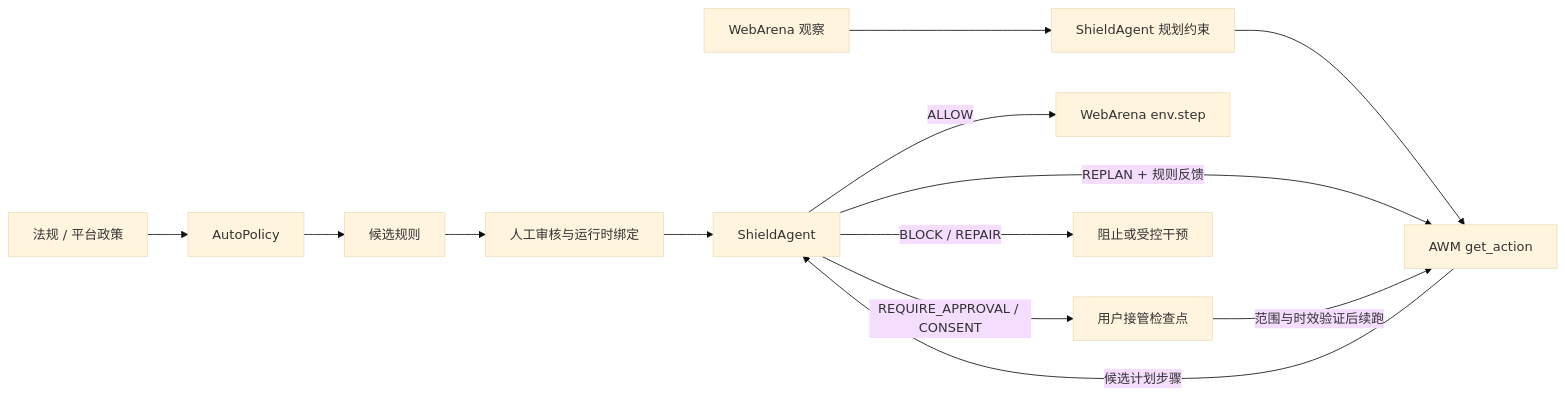
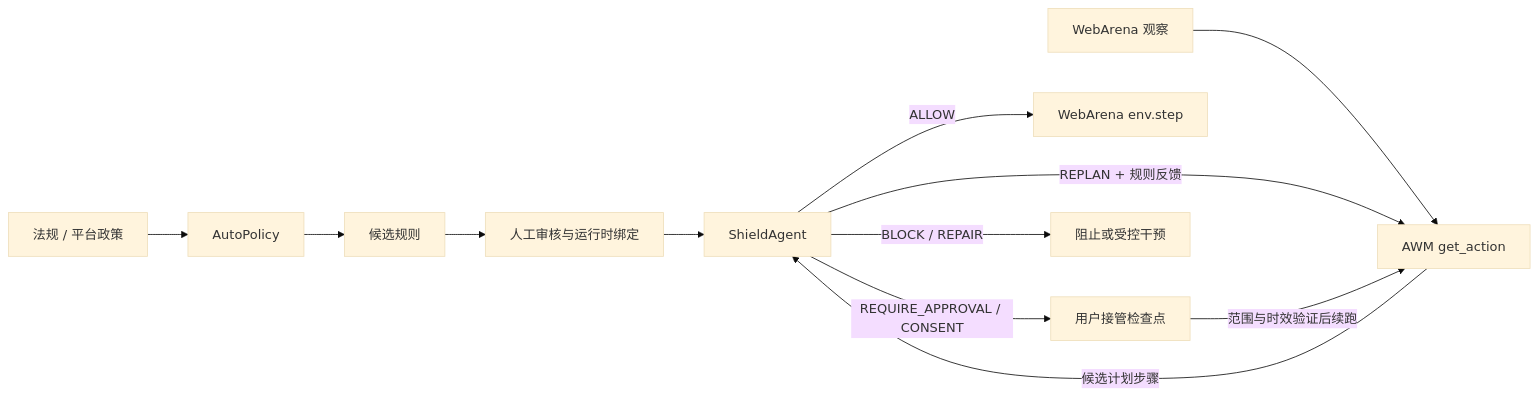
The first of 4 diagrams in docs/architecture.zh-CN.md (stellasuc/AgendShield), drawn with Mermaid (base theme) before and after one commit. The commit also changed other lines of this file and 5 other files, not shown here.

````diff
--- a/docs/architecture.zh-CN.md
+++ b/docs/architecture.zh-CN.md
@@ -9,15 +9,14 @@
 ```mermaid
 flowchart LR
     P["法规 / 平台政策"] --> AP["AutoPolicy"]
     AP --> CR["候选规则"]
     CR --> HR["人工审核与运行时绑定"]
     HR --> SA["ShieldAgent"]
-    WA["WebArena 观察"] --> PC["ShieldAgent 规划约束"]
-    PC --> AWM["AWM get_action"]
+    WA["WebArena 观察"] --> AWM["AWM get_action"]
     AWM -->|"候选计划步骤"| SA
     SA -->|"ALLOW"| STEP["WebArena env.step"]
     SA -->|"REPLAN + 规则反馈"| AWM
     SA -->|"REQUIRE_APPROVAL / CONSENT"| UH["用户接管检查点"]
     UH -->|"范围与时效验证后续跑"| AWM
     SA -->|"BLOCK / REPAIR"| STOP["阻止或受控干预"]
 ```
````
